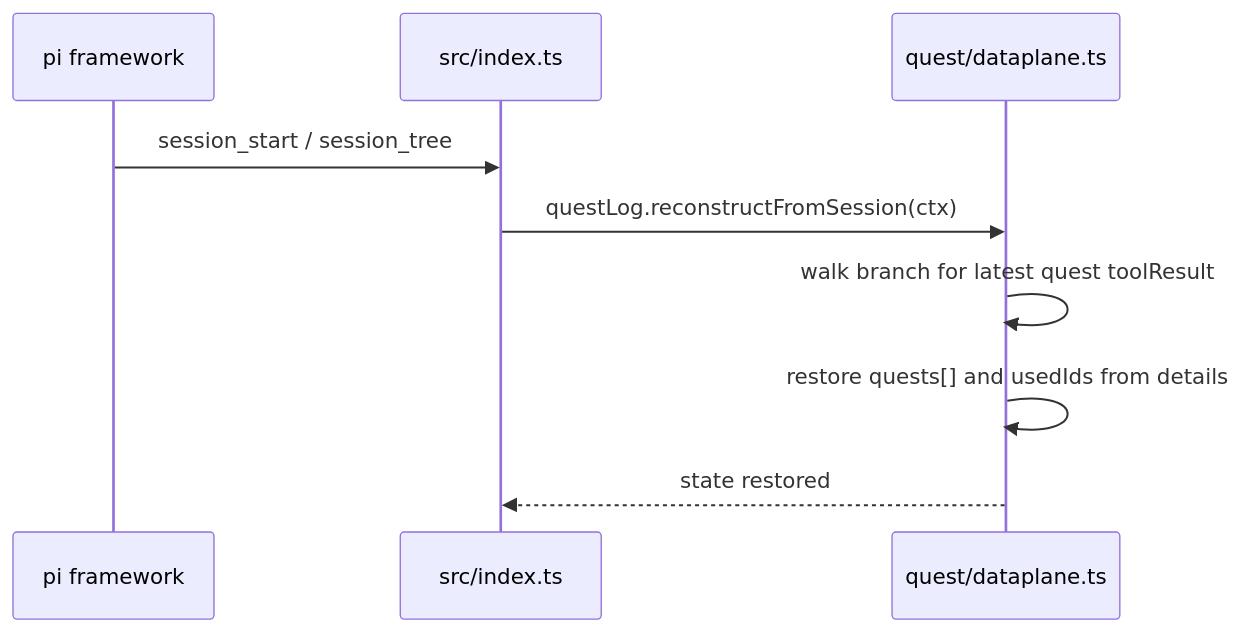
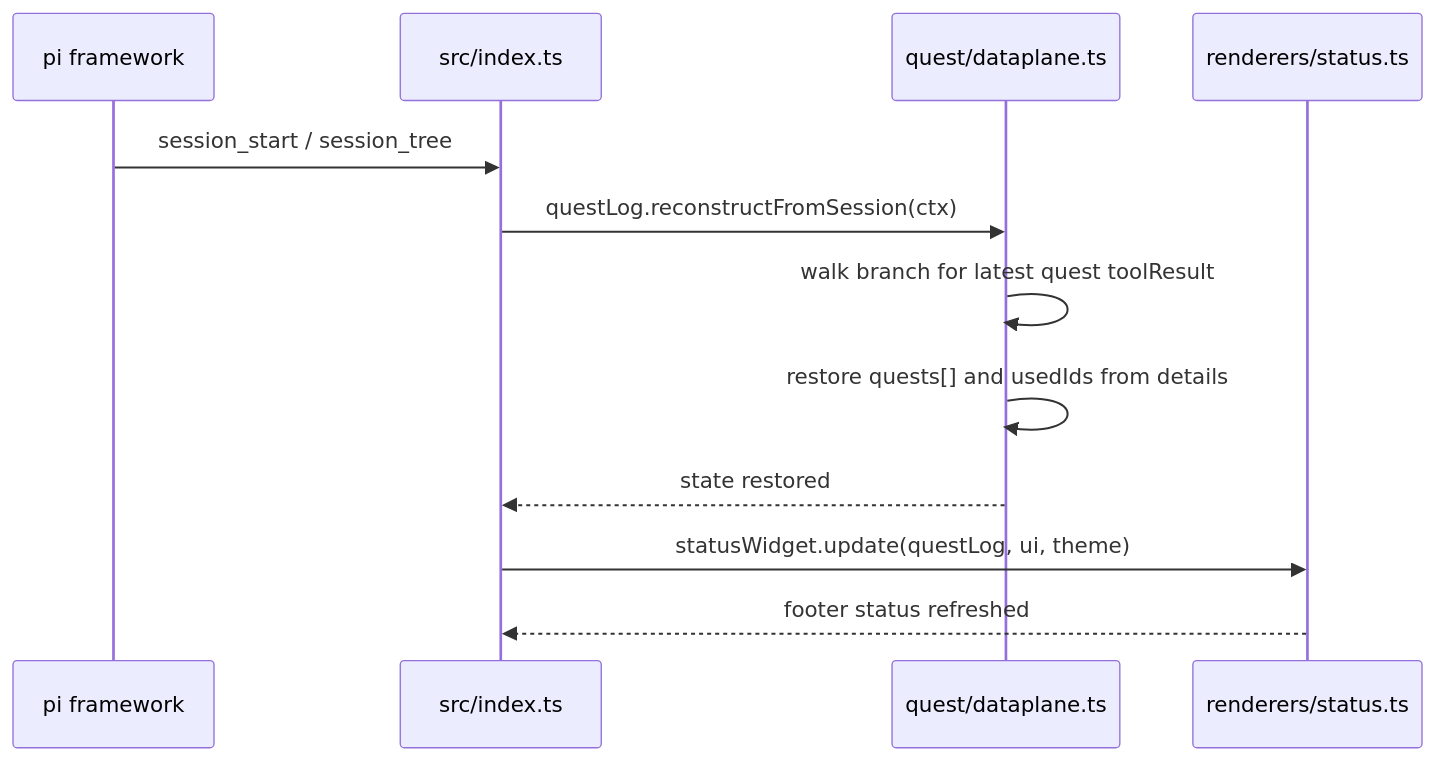
The fourth of 4 diagrams in docs/architecture.md (kalindudc/pi-quests), drawn with Mermaid before and after one commit. The commit also changed other lines of this file and 12 other files, not shown here.

First line of the commit message:
feat: add footer quest progress indicator with configurable icon

````diff
--- a/docs/architecture.md
+++ b/docs/architecture.md
@@ -113,12 +115,15 @@
 ```mermaid
 sequenceDiagram
     participant pi as pi framework
     participant index as src/index.ts
     participant dataplane as quest/dataplane.ts
+    participant status as renderers/status.ts
 
     pi->>index: session_start / session_tree
     index->>dataplane: questLog.reconstructFromSession(ctx)
     dataplane->>dataplane: walk branch for latest quest toolResult
     dataplane->>dataplane: restore quests[] and usedIds from details
     dataplane-->>index: state restored
+    index->>status: statusWidget.update(questLog, ui, theme)
+    status-->>index: footer status refreshed
 ```
````
